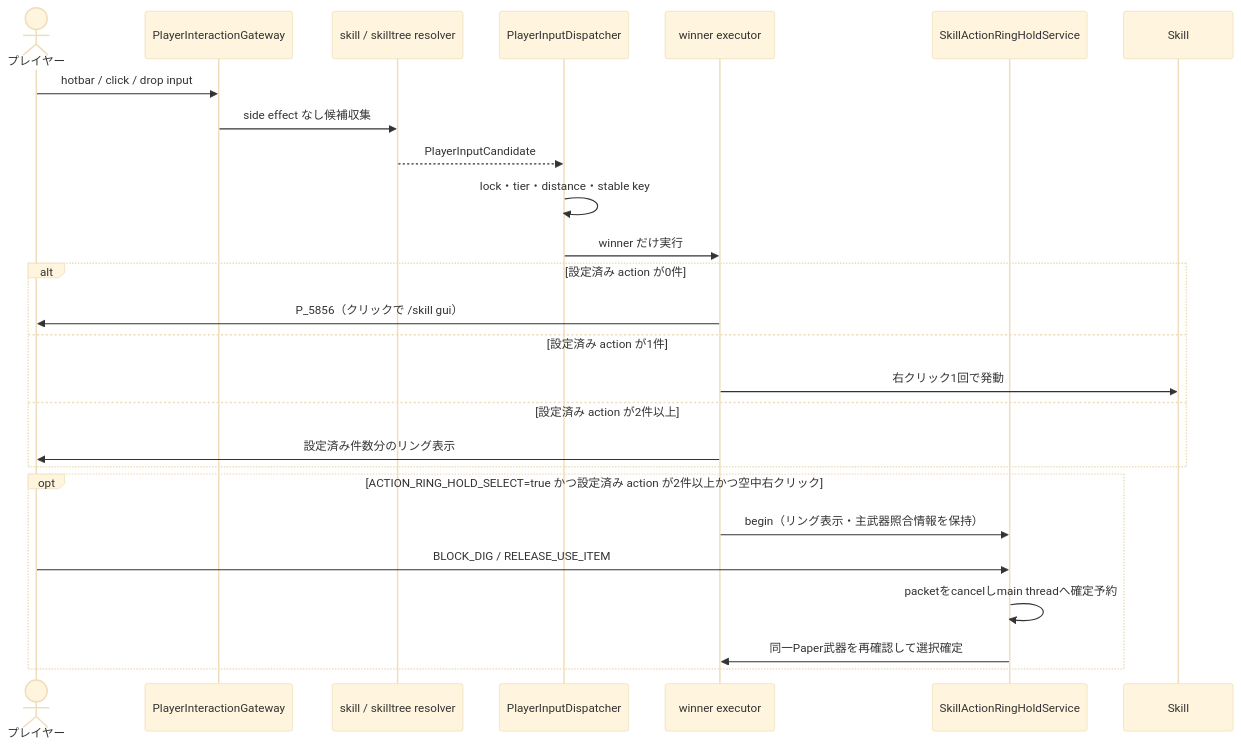
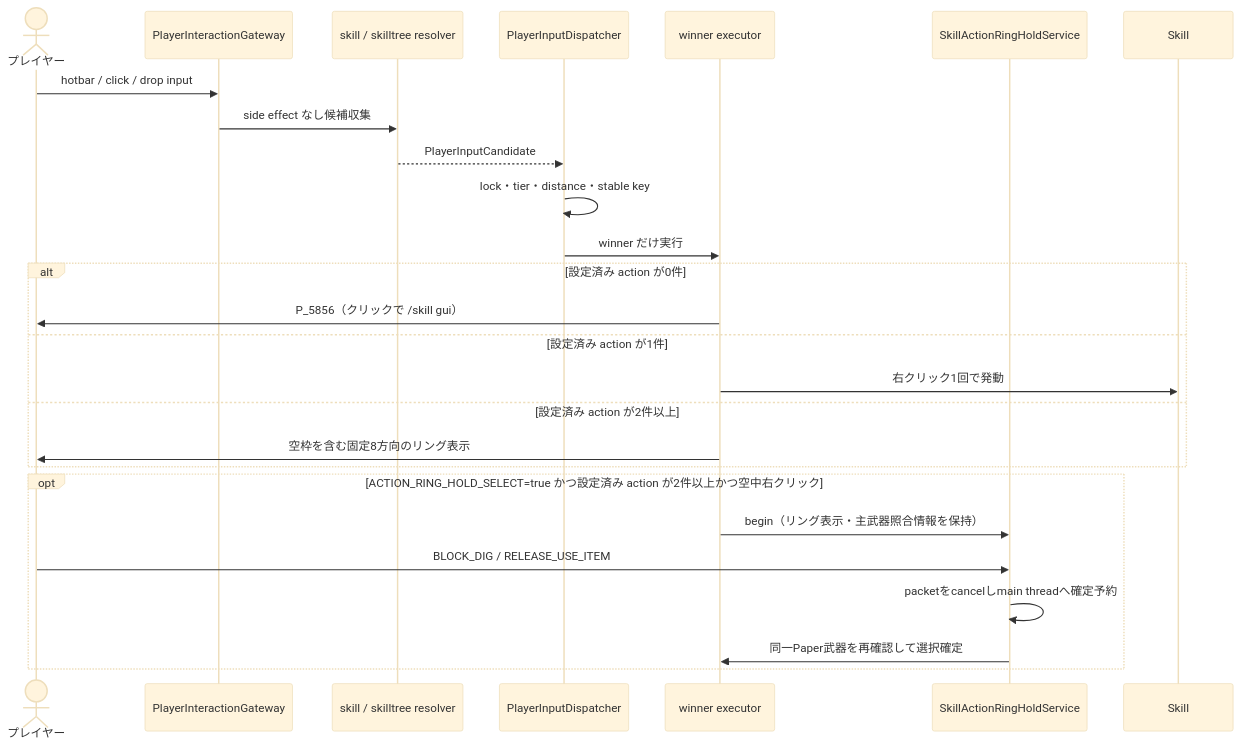
The fourth of 4 diagrams in 00_docs/10_Plugin設計書/feature/13-skill/4-統合フロー/13_4-統合フロー.md (maaasu/AstralRecord-Workspace), drawn with Mermaid (base theme) before and after one commit. The commit also changed other lines of this file and 29 other files, not shown here.

````diff
--- a/00_docs/10_Plugin設計書/feature/13-skill/4-統合フロー/13_4-統合フロー.md
+++ b/00_docs/10_Plugin設計書/feature/13-skill/4-統合フロー/13_4-統合フロー.md
@@ -114,28 +114,28 @@
 ```mermaid
 sequenceDiagram
     actor Player as プレイヤー
     participant Gateway as PlayerInteractionGateway
     participant Resolver as skill / skilltree resolver
     participant Dispatcher as PlayerInputDispatcher
     participant Executor as winner executor
     participant Hold as SkillActionRingHoldService
 
     Player->>Gateway: hotbar / click / drop input
     Gateway->>Resolver: side effect なし候補収集
     Resolver-->>Dispatcher: PlayerInputCandidate
     Dispatcher->>Dispatcher: lock・tier・distance・stable key
     Dispatcher->>Executor: winner だけ実行
     alt 設定済み action が0件
         Executor->>Player: P_5856（クリックで /skill gui）
     else 設定済み action が1件
         Executor->>Skill: 右クリック1回で発動
     else 設定済み action が2件以上
-        Executor->>Player: 設定済み件数分のリング表示
+        Executor->>Player: 空枠を含む固定8方向のリング表示
     end
     opt ACTION_RING_HOLD_SELECT=true かつ設定済み action が2件以上かつ空中右クリック
         Executor->>Hold: begin（リング表示・主武器照合情報を保持）
         Player->>Hold: BLOCK_DIG / RELEASE_USE_ITEM
         Hold->>Hold: packetをcancelしmain threadへ確定予約
         Hold->>Executor: 同一Paper武器を再確認して選択確定
     end
 ```
````
